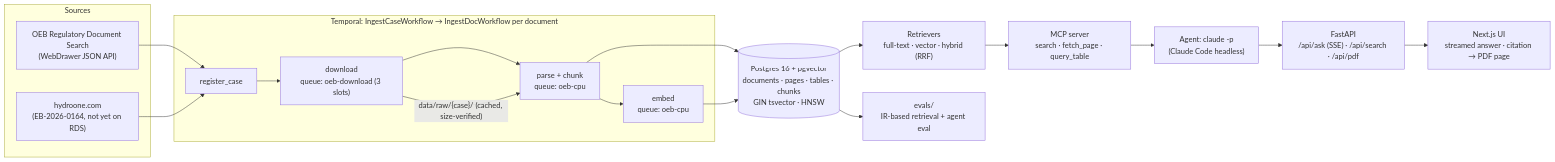
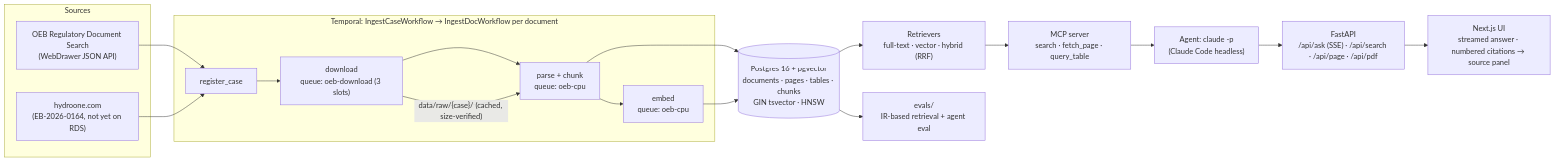
The diagram in README.md (AarnavNoble/oeb-rate-case-agent), drawn with Mermaid before and after one commit. The commit also changed other lines of this file and 13 other files, not shown here.

First line of the commit message:
Redesign the UI after utility regulatory workbenches; add figure support check

````diff
--- a/README.md
+++ b/README.md
@@ -22,23 +22,23 @@
 ```mermaid
 flowchart LR
   subgraph Sources
     RDS["OEB Regulatory Document Search<br/>(WebDrawer JSON API)"]
     HO["hydroone.com<br/>(EB-2026-0164, not yet on RDS)"]
   end
   subgraph Temporal["Temporal: IngestCaseWorkflow → IngestDocWorkflow per document"]
     L[register_case] --> D["download<br/>queue: oeb-download (3 slots)"]
     D --> P["parse + chunk<br/>queue: oeb-cpu"]
     P --> E["embed<br/>queue: oeb-cpu"]
   end
   RDS --> L
   HO --> L
   D -->|"data/raw/{case}/ (cached, size-verified)"| P
   P --> PG[("Postgres 16 + pgvector<br/>documents · pages · tables · chunks<br/>GIN tsvector · HNSW")]
   E --> PG
   PG --> S["Retrievers<br/>full-text · vector · hybrid (RRF)"]
   S --> MCP["MCP server<br/>search · fetch_page · query_table"]
   MCP --> A["Agent: claude -p<br/>(Claude Code headless)"]
-  A --> API["FastAPI<br/>/api/ask (SSE) · /api/search · /api/pdf"]
-  API --> UI["Next.js UI<br/>streamed answer · citation → PDF page"]
+  A --> API["FastAPI<br/>/api/ask (SSE) · /api/search · /api/page · /api/pdf"]
+  API --> UI["Next.js UI<br/>streamed answer · numbered citations → source panel"]
   PG --> EV["evals/<br/>IR-based retrieval + agent eval"]
 ```
````
